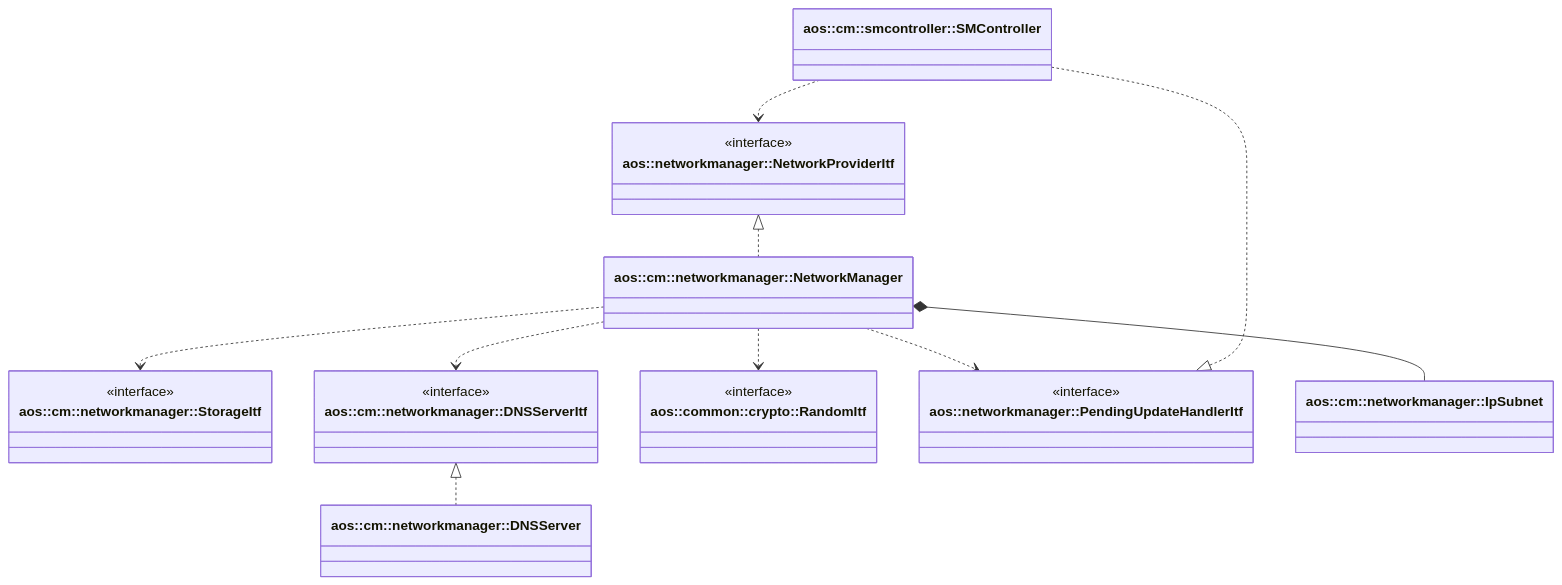
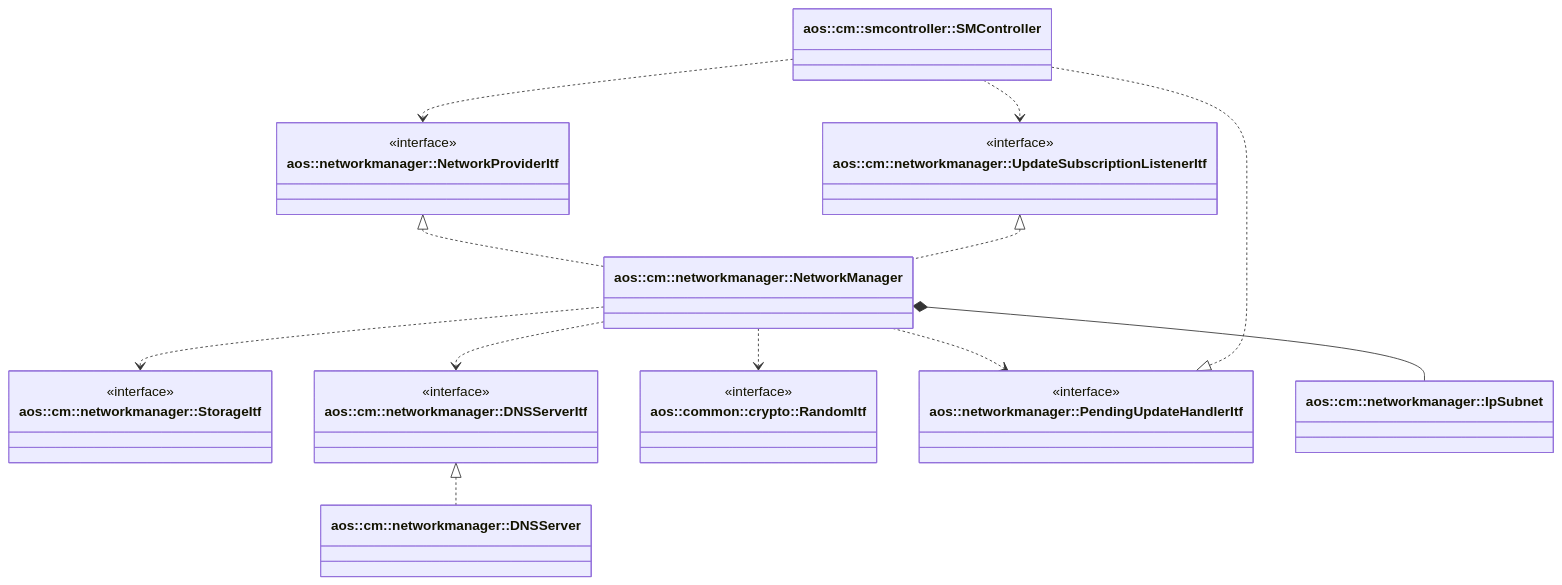
The first of 5 diagrams in src/cm/networkmanager/networkmanager.md (aosedge/aos_core_cpp), drawn with Mermaid before and after one commit. The commit also changed other lines of this file and 1 other file, not shown here.

First line of the commit message:
cm: sm: networkmanager: update documentation

````diff
--- a/src/cm/networkmanager/networkmanager.md
+++ b/src/cm/networkmanager/networkmanager.md
@@ -45,47 +48,52 @@
 ```mermaid
 classDiagram
     direction TB
 
     class SMController ["aos::cm::smcontroller::SMController"] {
     }
 
     class NetworkProviderItf ["aos::networkmanager::NetworkProviderItf"] {
         <<interface>>
     }
 
     class NetworkManager ["aos::cm::networkmanager::NetworkManager"] {
     }
 
     class StorageItf ["aos::cm::networkmanager::StorageItf"] {
         <<interface>>
     }
     class DNSServerItf ["aos::cm::networkmanager::DNSServerItf"] {
         <<interface>>
     }
     class RandomItf ["aos::common::crypto::RandomItf"] {
         <<interface>>
     }
     class PendingUpdateHandlerItf ["aos::networkmanager::PendingUpdateHandlerItf"] {
         <<interface>>
     }
+    class UpdateSubscriptionListenerItf ["aos::cm::networkmanager::UpdateSubscriptionListenerItf"] {
+        <<interface>>
+    }
     class IpSubnet ["aos::cm::networkmanager::IpSubnet"] {
     }
 
     class DNSServer ["aos::cm::networkmanager::DNSServer"] {
     }
 
     %% SM controller serves the gRPC network service and forwards it to network manager
     SMController ..> NetworkProviderItf
+    SMController ..> UpdateSubscriptionListenerItf
     NetworkProviderItf <|.. NetworkManager
+    UpdateSubscriptionListenerItf <|.. NetworkManager
 
     %% network manager dependencies
     NetworkManager ..> StorageItf
     NetworkManager ..> DNSServerItf
     NetworkManager ..> RandomItf
     NetworkManager ..> PendingUpdateHandlerItf
     NetworkManager *-- IpSubnet
 
     %% implementations
     DNSServerItf <|.. DNSServer
     SMController ..|> PendingUpdateHandlerItf
 ```
````
